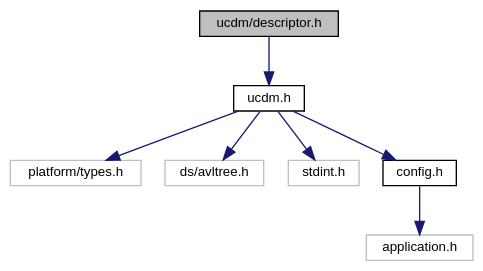
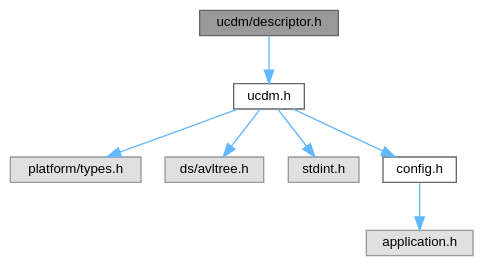
One commit to ebs-universe/piolib-ucdm changed the diagram in descriptor_8h__incl.dot. Above: the diagram before and after it, drawn with Graphviz. The commit also changed 365 other files, not shown here.

```diff
--- a/descriptor_8h__incl.dot
+++ b/descriptor_8h__incl.dot
@@ -1,21 +1,21 @@
 digraph "ucdm/descriptor.h"
 {
  // INTERACTIVE_SVG=YES
  // LATEX_PDF_SIZE
   bgcolor="transparent";
-  edge [fontname="Helvetica",fontsize="10",labelfontname="Helvetica",labelfontsize="10"];
-  node [fontname="Helvetica",fontsize="10",shape=record];
-  Node1 [label="ucdm/descriptor.h",height=0.2,width=0.4,color="black", fillcolor="grey75", style="filled", fontcolor="black",tooltip="Descriptor type definitions."];
-  Node1 -> Node2 [color="midnightblue",fontsize="10",style="solid",fontname="Helvetica"];
-  Node2 [label="ucdm.h",height=0.2,width=0.4,color="black",URL="$ucdm_8h.html",tooltip="Interface and usage of the Unified Configuration and Data Manager."];
-  Node2 -> Node3 [color="midnightblue",fontsize="10",style="solid",fontname="Helvetica"];
-  Node3 [label="platform/types.h",height=0.2,width=0.4,color="grey75",tooltip=" "];
-  Node2 -> Node4 [color="midnightblue",fontsize="10",style="solid",fontname="Helvetica"];
-  Node4 [label="ds/avltree.h",height=0.2,width=0.4,color="grey75",tooltip=" "];
-  Node2 -> Node5 [color="midnightblue",fontsize="10",style="solid",fontname="Helvetica"];
-  Node5 [label="stdint.h",height=0.2,width=0.4,color="grey75",tooltip=" "];
-  Node2 -> Node6 [color="midnightblue",fontsize="10",style="solid",fontname="Helvetica"];
-  Node6 [label="config.h",height=0.2,width=0.4,color="black",URL="$config_8h_source.html",tooltip=" "];
-  Node6 -> Node7 [color="midnightblue",fontsize="10",style="solid",fontname="Helvetica"];
-  Node7 [label="application.h",height=0.2,width=0.4,color="grey75",tooltip=" "];
+  edge [fontname=Helvetica,fontsize=10,labelfontname=Helvetica,labelfontsize=10];
+  node [fontname=Helvetica,fontsize=10,shape=box,height=0.2,width=0.4];
+  Node1 [id="Node000001",label="ucdm/descriptor.h",height=0.2,width=0.4,color="gray40", fillcolor="grey60", style="filled", fontcolor="black",tooltip="Descriptor type definitions."];
+  Node1 -> Node2 [id="edge1_Node000001_Node000002",color="steelblue1",style="solid",tooltip=" "];
+  Node2 [id="Node000002",label="ucdm.h",height=0.2,width=0.4,color="grey40", fillcolor="white", style="filled",URL="$ucdm_8h.html",tooltip="Interface and usage of the Unified Configuration and Data Manager."];
+  Node2 -> Node3 [id="edge2_Node000002_Node000003",color="steelblue1",style="solid",tooltip=" "];
+  Node3 [id="Node000003",label="platform/types.h",height=0.2,width=0.4,color="grey60", fillcolor="#E0E0E0", style="filled",tooltip=" "];
+  Node2 -> Node4 [id="edge3_Node000002_Node000004",color="steelblue1",style="solid",tooltip=" "];
+  Node4 [id="Node000004",label="ds/avltree.h",height=0.2,width=0.4,color="grey60", fillcolor="#E0E0E0", style="filled",tooltip=" "];
+  Node2 -> Node5 [id="edge4_Node000002_Node000005",color="steelblue1",style="solid",tooltip=" "];
+  Node5 [id="Node000005",label="stdint.h",height=0.2,width=0.4,color="grey60", fillcolor="#E0E0E0", style="filled",tooltip=" "];
+  Node2 -> Node6 [id="edge5_Node000002_Node000006",color="steelblue1",style="solid",tooltip=" "];
+  Node6 [id="Node000006",label="config.h",height=0.2,width=0.4,color="grey40", fillcolor="white", style="filled",URL="$config_8h.html",tooltip=" "];
+  Node6 -> Node7 [id="edge6_Node000006_Node000007",color="steelblue1",style="solid",tooltip=" "];
+  Node7 [id="Node000007",label="application.h",height=0.2,width=0.4,color="grey60", fillcolor="#E0E0E0", style="filled",tooltip=" "];
 }
```
